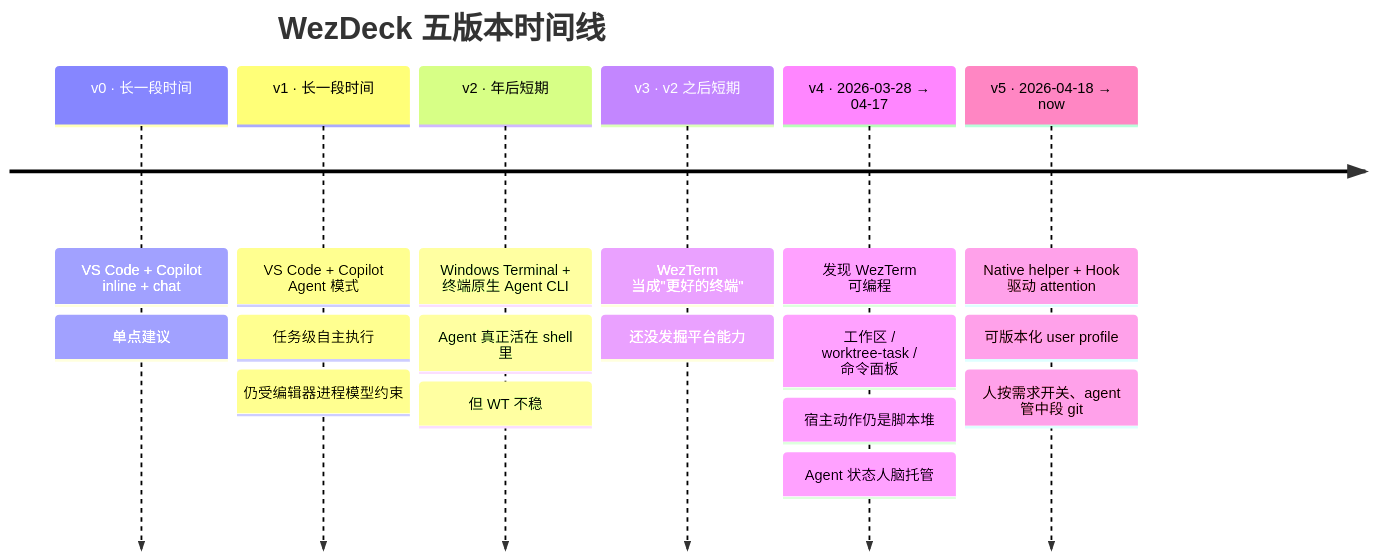
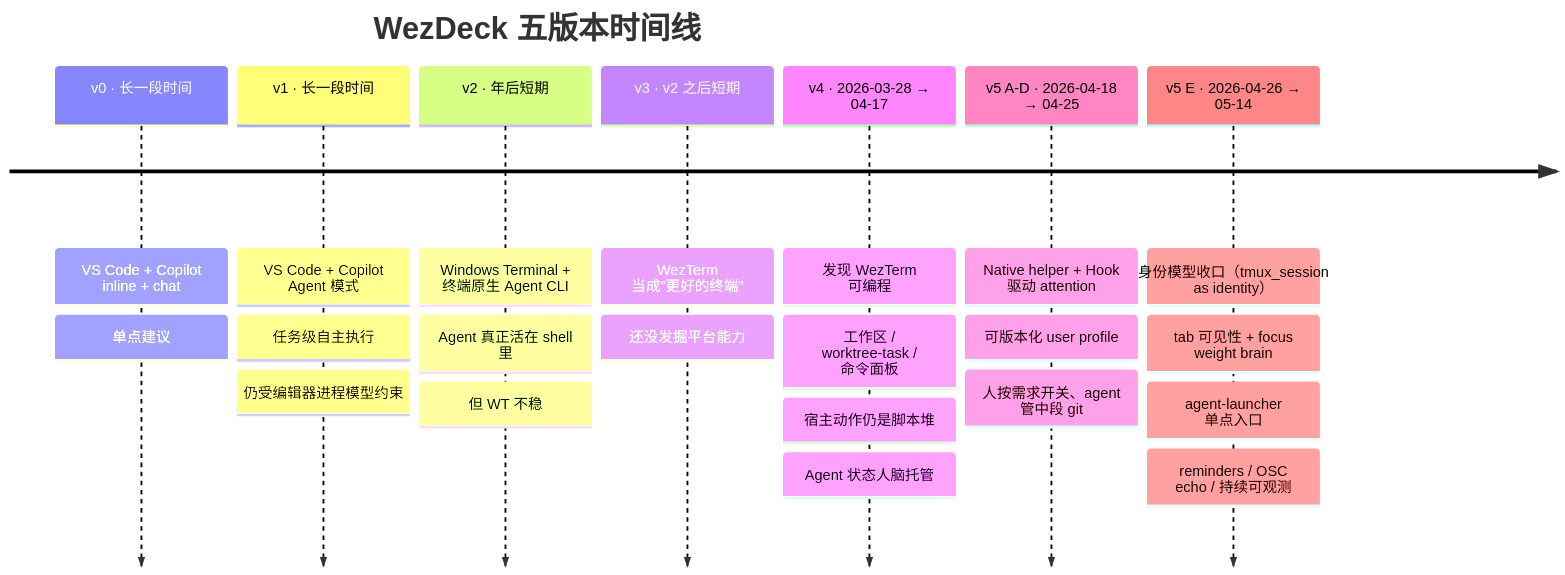
Before and after one commit to yunsii/wezdeck: the first of 2 diagrams in docs/presentations/ai-dev-environment-evolution.md, drawn with Mermaid. The commit also changed other lines of this file and 2 other files, not shown here.

````diff
--- a/docs/presentations/ai-dev-environment-evolution.md
+++ b/docs/presentations/ai-dev-environment-evolution.md
@@ -27,21 +27,25 @@
 ```mermaid
 timeline
   title WezDeck 五版本时间线
   v0 · 长一段时间 : VS Code + Copilot inline + chat
                   : 单点建议
   v1 · 长一段时间 : VS Code + Copilot Agent 模式
                   : 任务级自主执行
                   : 仍受编辑器进程模型约束
   v2 · 年后短期    : Windows Terminal + 终端原生 Agent CLI
                   : Agent 真正活在 shell 里
                   : 但 WT 不稳
   v3 · v2 之后短期 : WezTerm 当成"更好的终端"
                   : 还没发掘平台能力
   v4 · 2026-03-28 → 04-17 : 发现 WezTerm 可编程
                           : 工作区 / worktree-task / 命令面板
                           : 宿主动作仍是脚本堆
                           : Agent 状态人脑托管
-  v5 · 2026-04-18 → now : Native helper + Hook 驱动 attention
-                        : 可版本化 user profile
-                        : 人按需求开关、agent 管中段 git
+  v5 A-D · 2026-04-18 → 04-25 : Native helper + Hook 驱动 attention
+                              : 可版本化 user profile
+                              : 人按需求开关、agent 管中段 git
+  v5 E · 2026-04-26 → 05-14 : 身份模型收口（tmux_session as identity）
+                            : tab 可见性 + focus weight brain
+                            : agent-launcher 单点入口
+                            : reminders / OSC echo / 持续可观测
 ```
````
